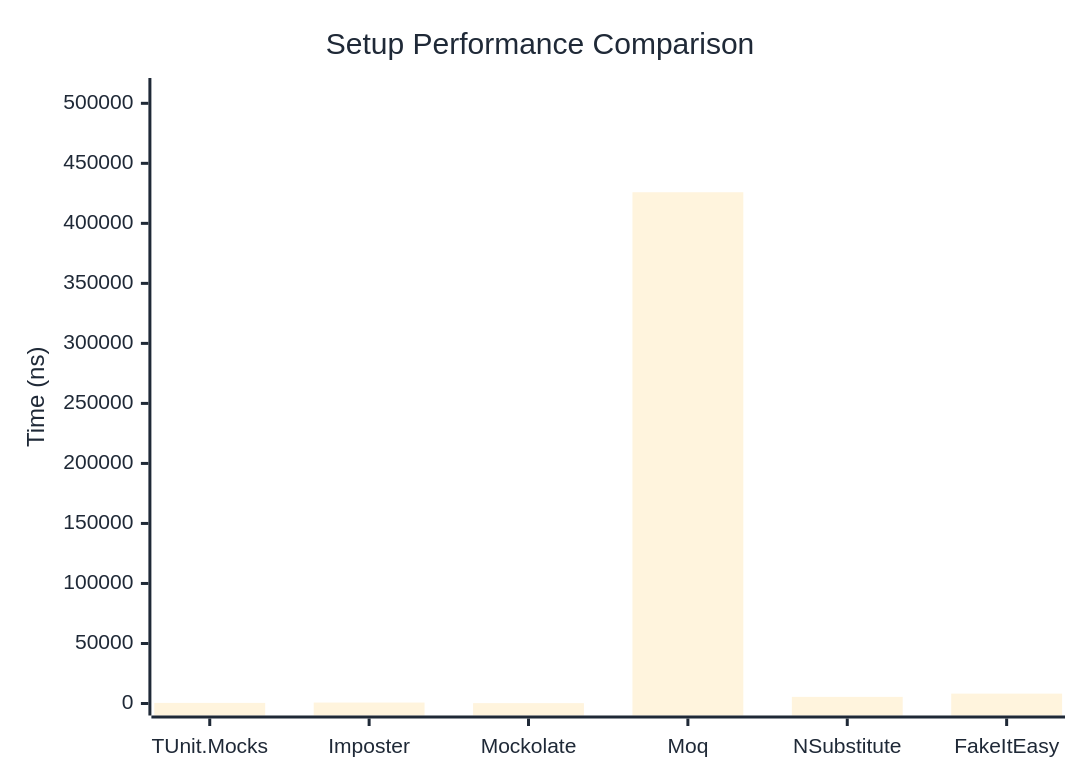
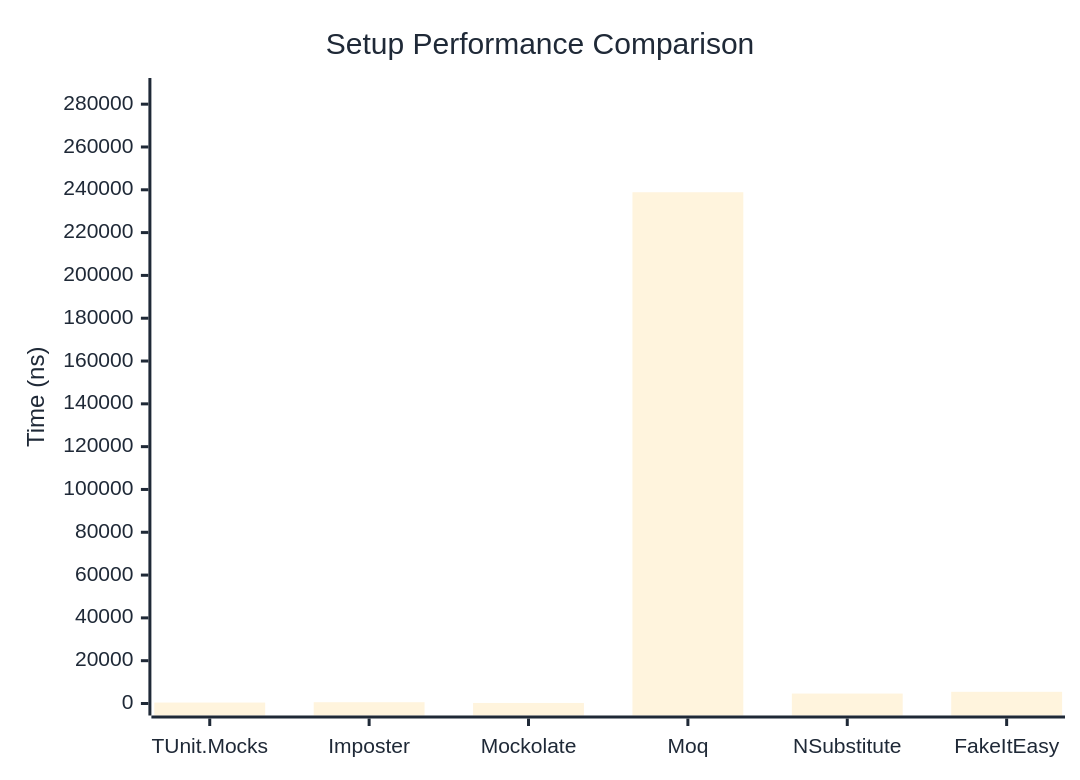
One commit to thomhurst/TUnit changed the first of 2 diagrams in docs/docs/benchmarks/mocks/Setup.md. Above: the diagram before and after it, drawn with Mermaid. The commit also changed other lines of this file and 14 other files, not shown here.

````diff
--- a/docs/docs/benchmarks/mocks/Setup.md
+++ b/docs/docs/benchmarks/mocks/Setup.md
@@ -30,27 +30,27 @@
 ```mermaid
 %%{init: {
   'theme':'base',
   'themeVariables': {
     'primaryColor': '#2563eb',
     'primaryTextColor': '#1f2937',
     'primaryBorderColor': '#1e40af',
     'lineColor': '#6b7280',
     'secondaryColor': '#7c3aed',
     'tertiaryColor': '#dc2626',
     'background': '#ffffff',
     'pie1': '#2563eb',
     'pie2': '#7c3aed',
     'pie3': '#dc2626',
     'pie4': '#f59e0b',
     'pie5': '#10b981',
     'pie6': '#06b6d4',
     'pie7': '#ec4899',
     'pie8': '#6366f1'
   }
 }}%%
 xychart-beta
   title "Setup Performance Comparison"
   x-axis ["TUnit.Mocks", "Imposter", "Mockolate", "Moq", "NSubstitute", "FakeItEasy"]
-  y-axis "Time (ns)" 0 --> 511093
-  bar [504.8, 782.8, 303.7, 425910.1, 5516.3, 8228.6]
+  y-axis "Time (ns)" 0 --> 286623
+  bar [433.1, 602.4, 256.5, 238852.1, 4638.9, 5462.4]
 ```
````
